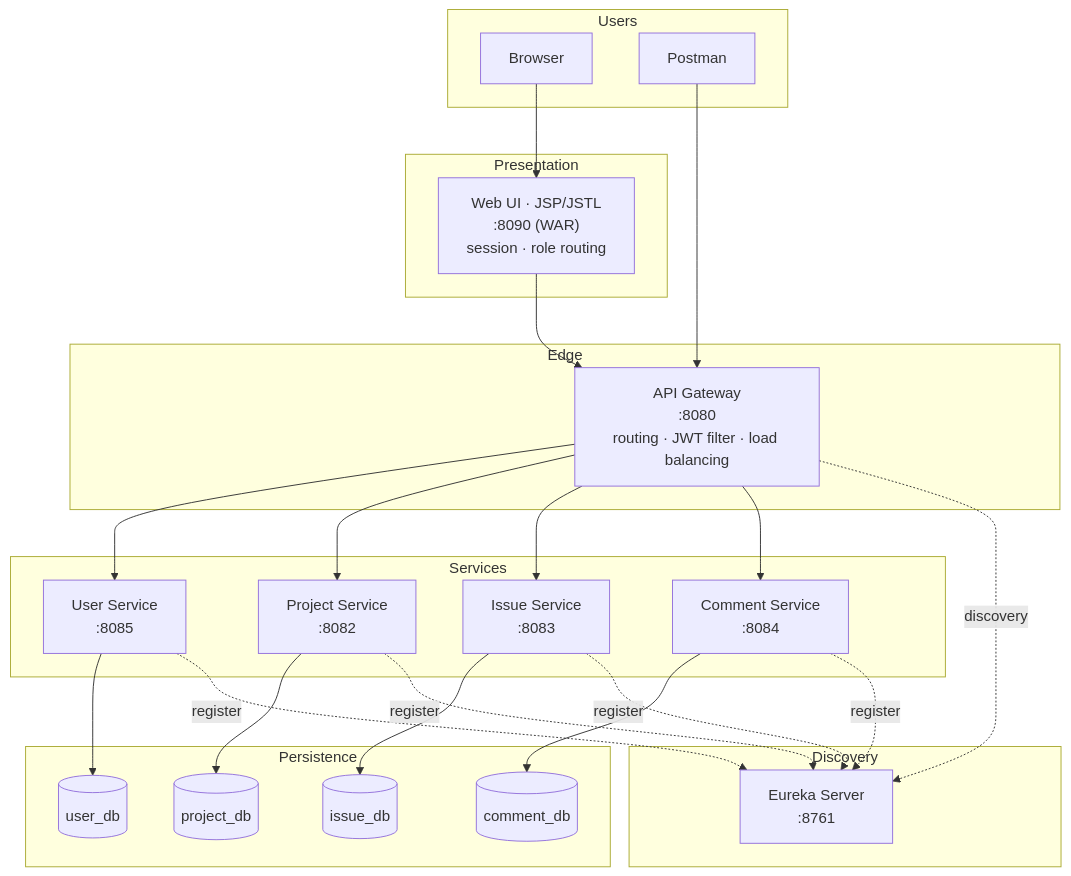
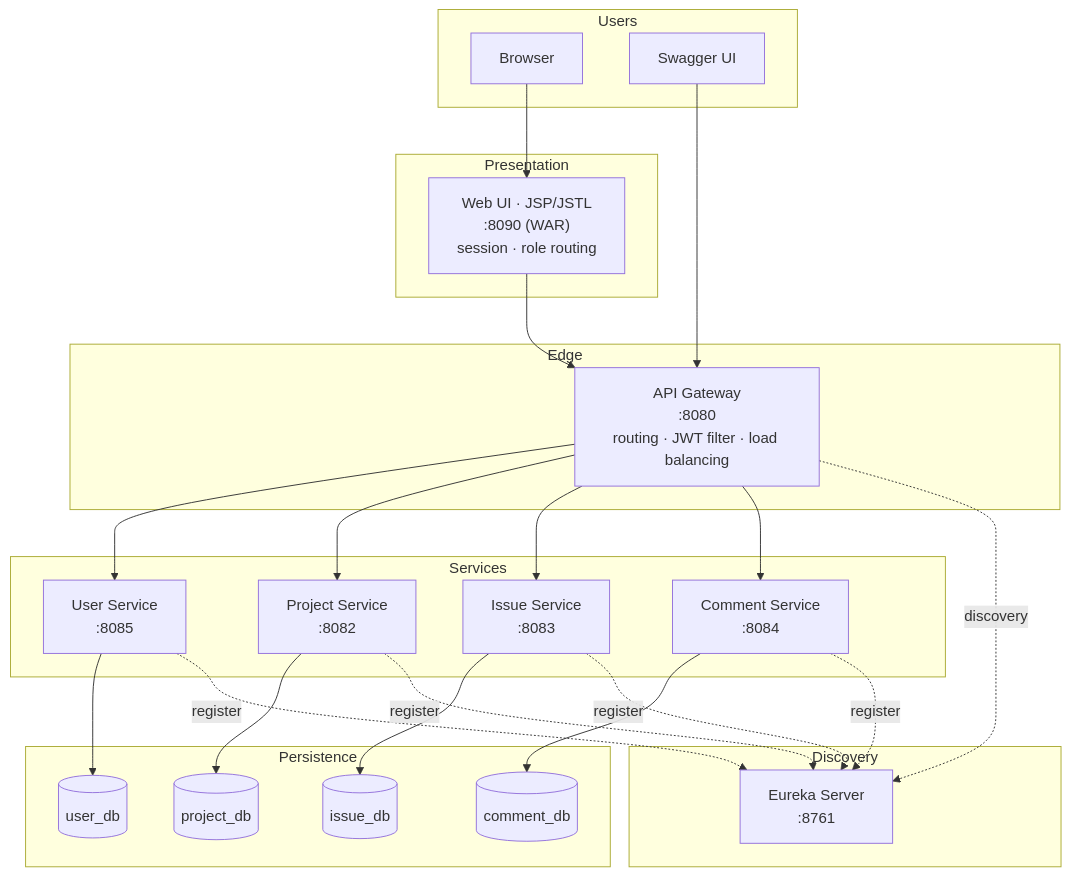
The first of 7 diagrams in docs/DESIGN.md (ragnar-vallhala/issue-tracker), drawn with Mermaid before and after one commit. The commit also changed other lines of this file and 12 other files, not shown here.

First line of the commit message:
Replace Postman with Swagger UI as the API client

````diff
--- a/docs/DESIGN.md
+++ b/docs/DESIGN.md
@@ -31,41 +31,41 @@
 ```mermaid
 graph TB
   subgraph Users
     BR[Browser]
-    PM[Postman]
+    SW[Swagger UI]
   end
   subgraph Presentation
     W["Web UI · JSP/JSTL<br/>:8090 (WAR)<br/>session · role routing"]
   end
   subgraph Edge
     GW["API Gateway<br/>:8080<br/>routing · JWT filter · load balancing"]
   end
   subgraph Discovery
     EU["Eureka Server<br/>:8761"]
   end
   subgraph Services
     US["User Service<br/>:8085"]
     PS["Project Service<br/>:8082"]
     IS["Issue Service<br/>:8083"]
     CS["Comment Service<br/>:8084"]
   end
   subgraph Persistence
     UDB[(user_db)]
     PDB[(project_db)]
     IDB[(issue_db)]
     CDB[(comment_db)]
   end
   BR --> W
   W --> GW
-  PM --> GW
+  SW --> GW
   GW --> US & PS & IS & CS
   US --> UDB
   PS --> PDB
   IS --> IDB
   CS --> CDB
   GW -. discovery .-> EU
   US -. register .-> EU
   PS -. register .-> EU
   IS -. register .-> EU
   CS -. register .-> EU
 ```
````
